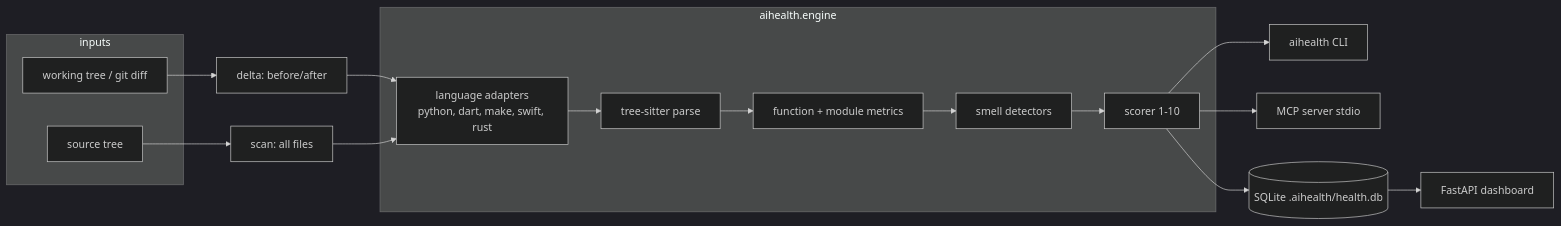
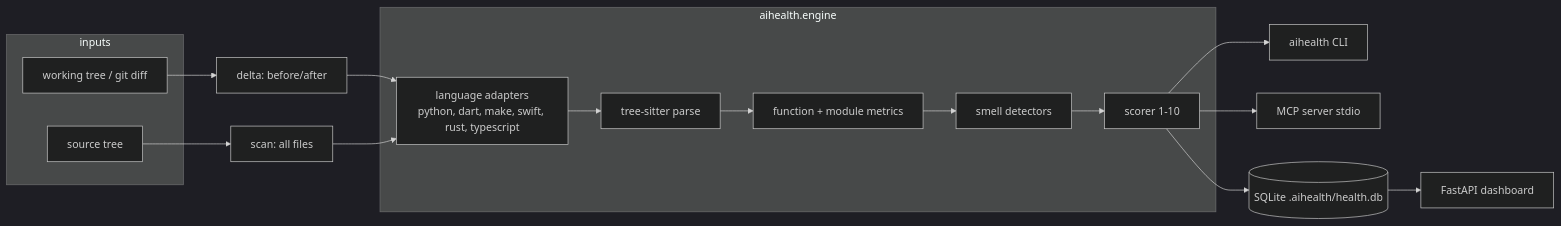
Before and after one commit to epatel/ai-health: the diagram in cards/architecture.md, drawn with Mermaid (dark theme). The commit also changed other lines of this file and 19 other files, not shown here.

````diff
--- a/cards/architecture.md
+++ b/cards/architecture.md
@@ -7,23 +7,23 @@
 ```mermaid
 flowchart LR
     subgraph inputs
         WT[working tree / git diff]
         REPO[source tree]
     end
     subgraph engine["aihealth.engine"]
-        LANG[language adapters<br/>python, dart, make, swift, rust]
+        LANG[language adapters<br/>python, dart, make, swift, rust, typescript]
         TS[tree-sitter parse]
         MET[function + module metrics]
         SM[smell detectors]
         SC[scorer 1-10]
     end
     WT --> DELTA[delta: before/after]
     REPO --> SCAN[scan: all files]
     DELTA --> LANG
     SCAN --> LANG
     LANG --> TS --> MET --> SM --> SC
     SC --> CLI[aihealth CLI]
     SC --> MCP[MCP server stdio]
     SC --> DB[(SQLite .aihealth/health.db)]
     DB --> WEB[FastAPI dashboard]
 ```
````
